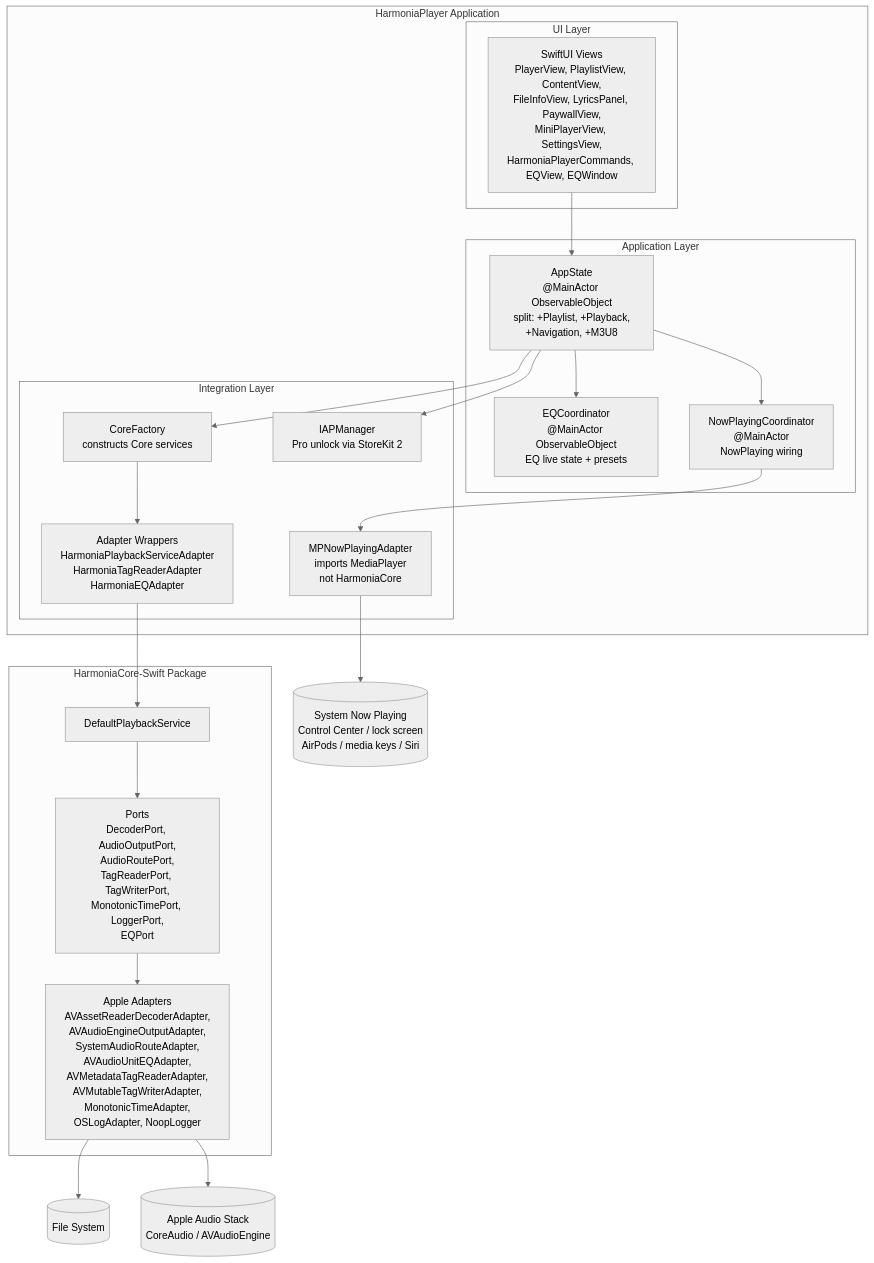
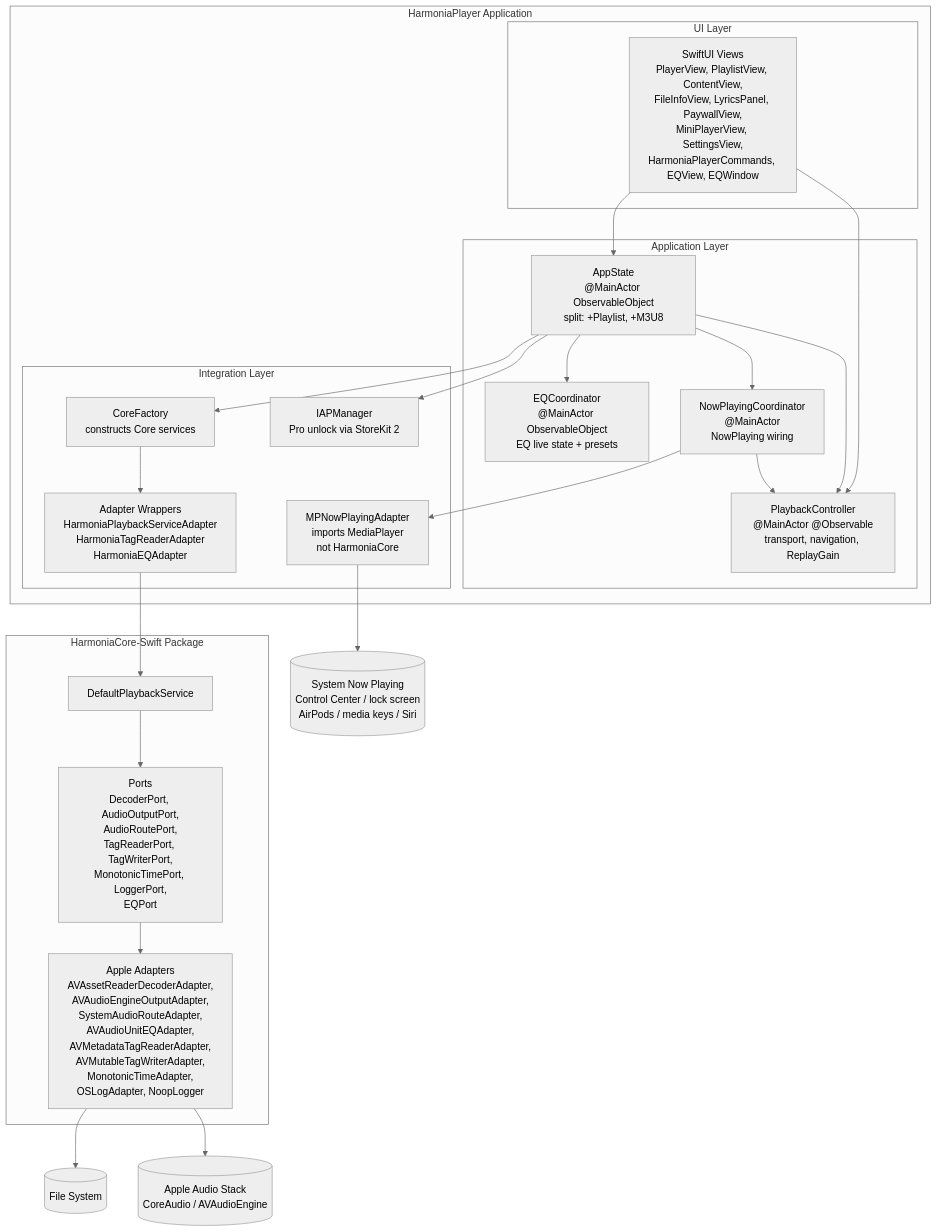
The second of 2 diagrams in docs/architecture.md (OneOfWolvesBilly/HarmoniaPlayer), drawn with Mermaid (neutral theme) before and after one commit. The commit also changed other lines of this file and 45 other files, not shown here.

```diff
--- a/docs/architecture.md
+++ b/docs/architecture.md
@@ -128,8 +128,10 @@
       subgraph appLayer[Application Layer]
         appState[AppState
 @MainActor ObservableObject
-split: +Playlist, +Playback,
-+Navigation, +M3U8]
+split: +Playlist, +M3U8]
+        playbackController[PlaybackController
+@MainActor @Observable
+transport, navigation, ReplayGain]
         eqCoordinator[EQCoordinator
 @MainActor ObservableObject
 EQ live state + presets]
@@ -180,8 +182,11 @@
 AirPods / media keys / Siri)]
 
     views --> appState
+    views --> playbackController
+    appState --> playbackController
     appState --> eqCoordinator
     appState --> nowPlayingCoordinator
+    nowPlayingCoordinator --> playbackController
 
     appState --> coreFactory
     appState --> iap
```
